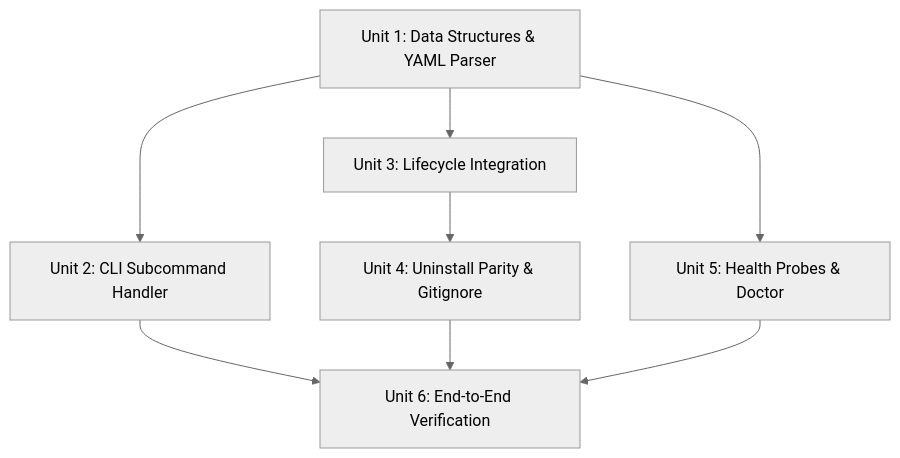
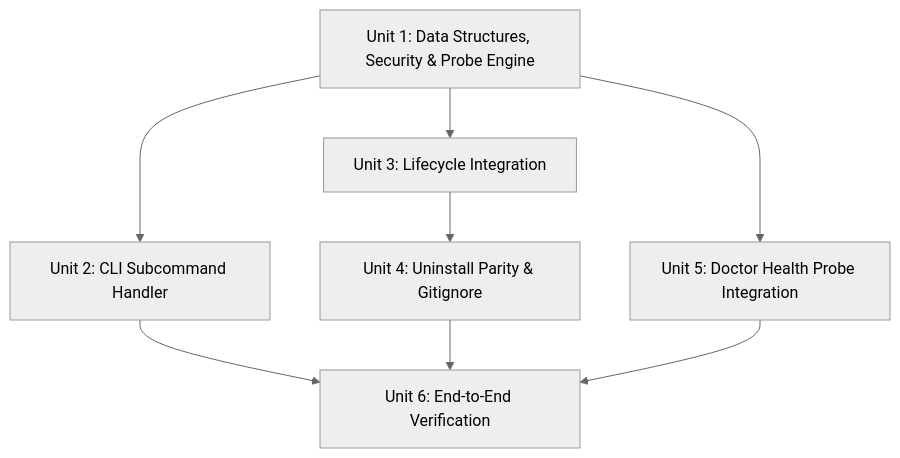
The diagram in docs/plans/2026-08-22-skill-registry-engine-plan.md (mastepanoski/ce-ai), drawn with Mermaid (neutral theme) before and after one commit. The commit also changed other lines of this file, not shown here.

Commit message:
docs(plans): update skill_registry_engine plan with multi-persona review findings (#96)

````diff
--- a/docs/plans/2026-08-22-skill-registry-engine-plan.md
+++ b/docs/plans/2026-08-22-skill-registry-engine-plan.md
@@ -141,8 +151,8 @@
 ```mermaid
 graph TD
-    U1[Unit 1: Data Structures & YAML Parser] --> U2[Unit 2: CLI Subcommand Handler]
+    U1[Unit 1: Data Structures, Security & Probe Engine] --> U2[Unit 2: CLI Subcommand Handler]
     U1 --> U3[Unit 3: Lifecycle Integration]
     U3 --> U4[Unit 4: Uninstall Parity & Gitignore]
-    U1 --> U5[Unit 5: Health Probes & Doctor]
+    U1 --> U5[Unit 5: Doctor Health Probe Integration]
     U2 & U4 & U5 --> U6[Unit 6: End-to-End Verification]
 ```
````
